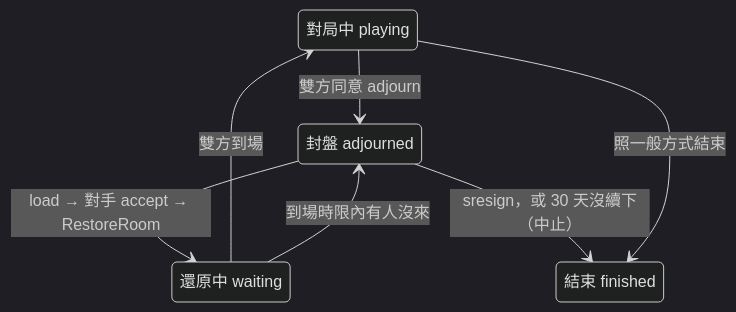
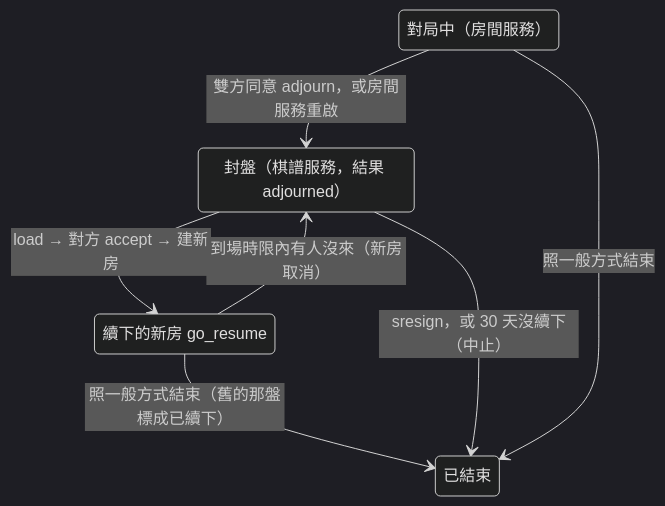
The tenth of 10 diagrams in docs/spec_v2.md (yshsu0918/yi-arena), drawn with Mermaid (dark theme) before and after one commit. The commit also changed other lines of this file and 3 other files, not shown here.

````diff
--- a/docs/spec_v2.md
+++ b/docs/spec_v2.md
@@ -1213,14 +1246,14 @@
 ```mermaid
 stateDiagram-v2
-  state "對局中 playing" as playing
-  state "封盤 adjourned" as adjourned
-  state "還原中 waiting" as restoring
-  state "結束 finished" as finished
+  state "對局中（房間服務）" as playing
+  state "封盤（棋譜服務，結果 adjourned）" as adjourned
+  state "續下的新房 go_resume" as resumed
+  state "已結束" as finished
 
-  playing --> adjourned: 雙方同意 adjourn
-  adjourned --> restoring: load → 對手 accept → RestoreRoom
-  restoring --> playing: 雙方到場
-  restoring --> adjourned: 到場時限內有人沒來
+  playing --> adjourned: 雙方同意 adjourn，或房間服務重啟
+  adjourned --> resumed: load → 對方 accept → 建新房
+  resumed --> adjourned: 到場時限內有人沒來（新房取消）
+  resumed --> finished: 照一般方式結束（舊的那盤標成已續下）
   adjourned --> finished: sresign，或 30 天沒續下（中止）
   playing --> finished: 照一般方式結束
 ```
````
